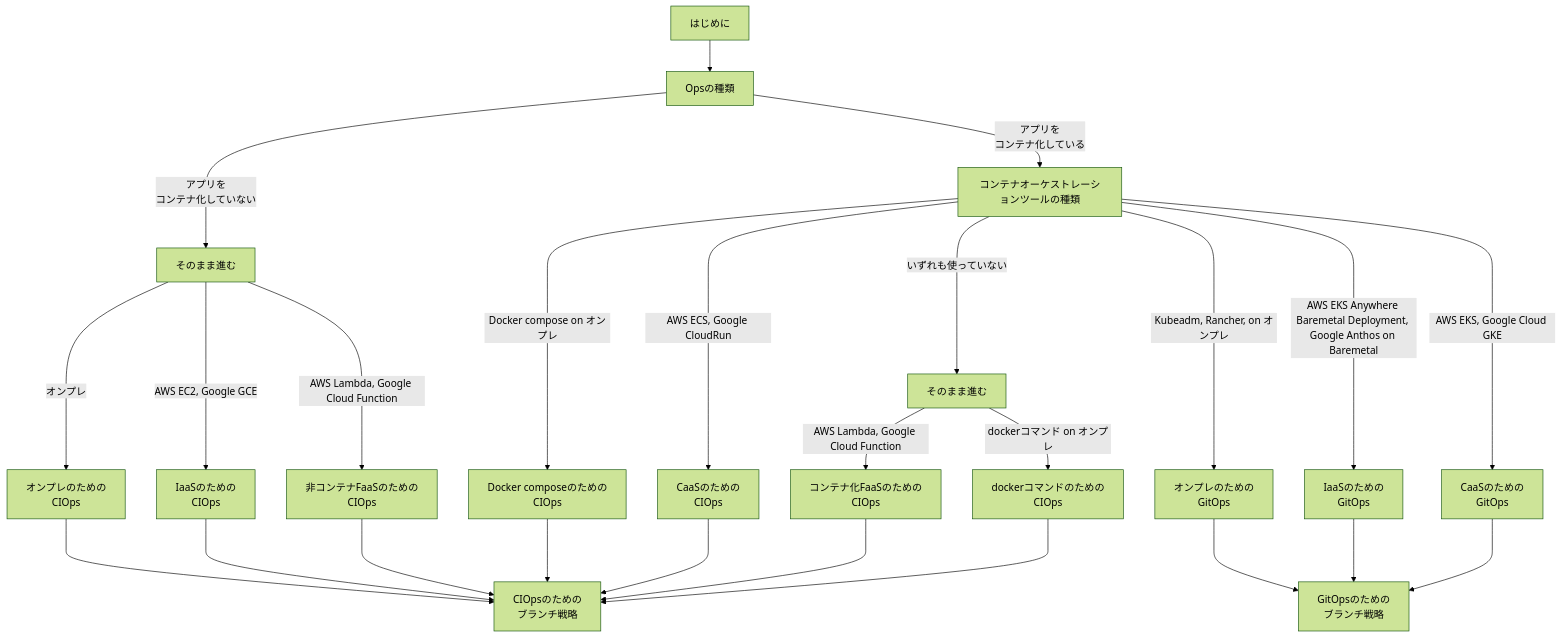
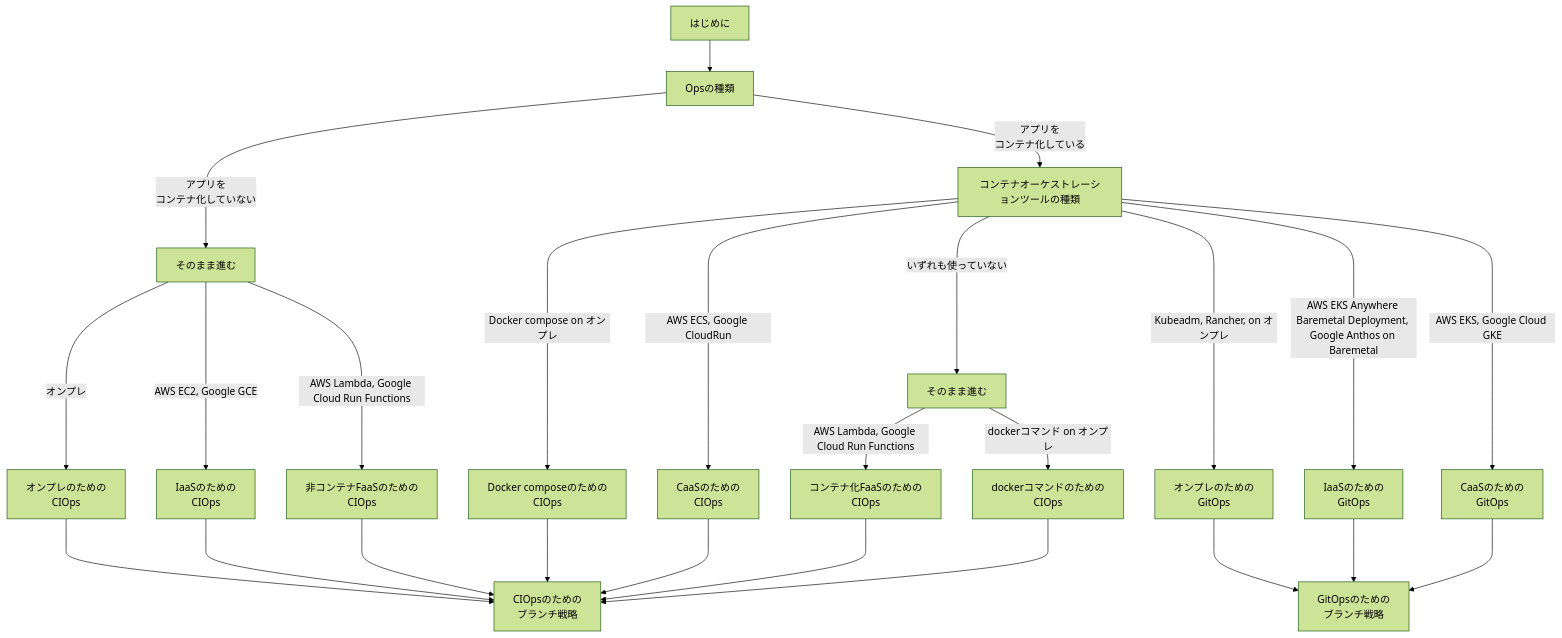
One commit to hiroki-it/tech-notebook changed the diagram in docs/devops/devops_cicd.md. Above: the diagram before and after it, drawn with Mermaid (forest theme). The commit also changed 7 other files, not shown here.

````diff
--- a/docs/devops/devops_cicd.md
+++ b/docs/devops/devops_cicd.md
@@ -200,41 +200,41 @@
 ```mermaid
 graph TD;
   A[はじめに] --> B[Opsの種類]
 
   B ---> | アプリを<br>コンテナ化していない | C[そのまま進む]
   B --> | アプリを<br>コンテナ化している | D[コンテナオーケストレーションツールの種類]
 
   C ---> | オンプレ | E[オンプレのための<br>CIOps]
   C ---> | AWS EC2, Google GCE | F["IaaSのための<br>CIOps"]
-  C ---> | AWS Lambda, Google Cloud Function | G[非コンテナFaaSのための<br>CIOps]
+  C ---> | AWS Lambda, Google Cloud Run Functions | G[非コンテナFaaSのための<br>CIOps]
 
   D ----> | Docker compose on オンプレ | H[Docker composeのための<br>CIOps]
   D ----> | AWS ECS, Google CloudRun  | I[CaaSのための<br>CIOps]
   D --> | いずれも使っていない | J[そのまま進む]
   D ----> | Kubeadm, Rancher, on オンプレ | K[オンプレのための<br>GitOps]
   D ----> | AWS EKS Anywhere Baremetal Deployment, Google Anthos on Baremetal| L[IaaSのための<br>GitOps]
   D ----> | AWS EKS, Google Cloud GKE | M[CaaSのための<br>GitOps]
 
-  J --> | AWS Lambda, Google Cloud Function | N[コンテナ化FaaSのための<br>CIOps]
+  J --> | AWS Lambda, Google Cloud Run Functions | N[コンテナ化FaaSのための<br>CIOps]
   J --> | dockerコマンド on オンプレ| O[dockerコマンドのための<br>CIOps]
 
   E ---> P[CIOpsのための<br>ブランチ戦略]
 
   F ---> P
 
   G ---> P
 
   H ---> P
 
   I ---> P
 
   K ---> Q[GitOpsのための<br>ブランチ戦略]
 
   L ---> Q
 
   M ---> Q
 
   N ---> P
 
   O ---> P
 ```
````
